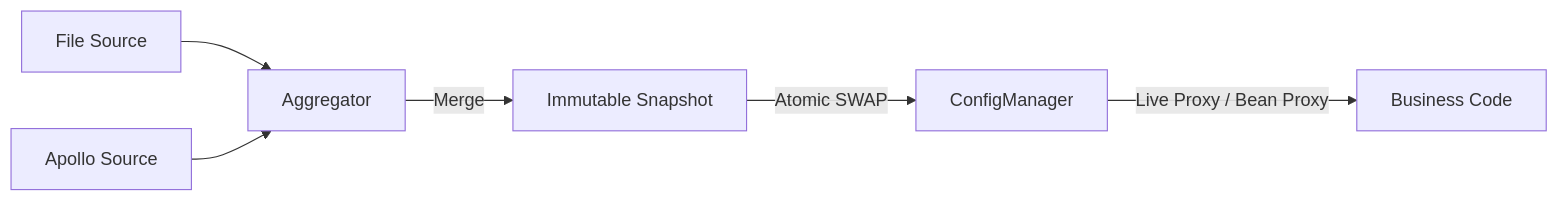
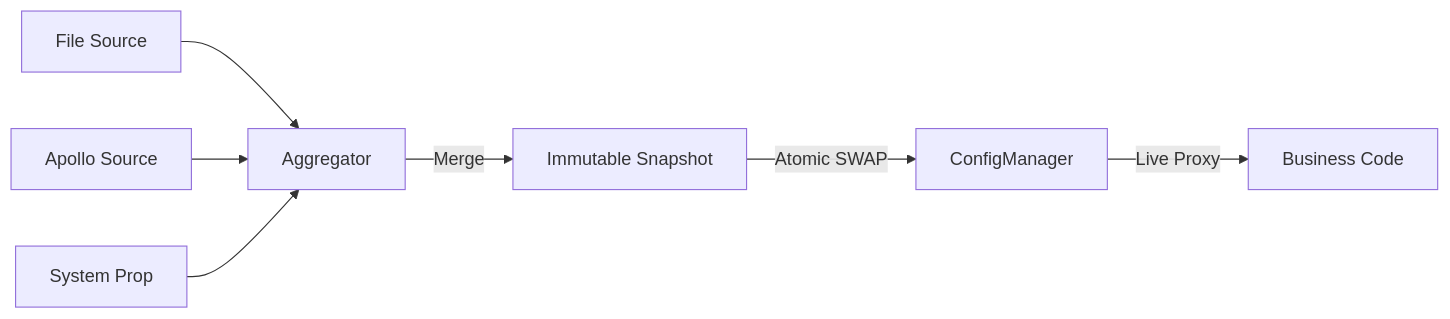
Before and after one commit to team4u/team4u-framework: the diagram in team4u-config/team4u-config-core/README.md, drawn with Mermaid. The commit also changed other lines of this file, not shown here.

````diff
--- a/team4u-config/team4u-config-core/README.md
+++ b/team4u-config/team4u-config-core/README.md
@@ -248,8 +446,9 @@
 ```mermaid
 graph LR
     S1[File Source] --> A[Aggregator]
     S2[Apollo Source] --> A
+    S3[System Prop] --> A
     A --> |Merge| Snapshot[Immutable Snapshot]
     Snapshot --> |Atomic SWAP| Manager[ConfigManager]
-    Manager --> |Live Proxy / Bean Proxy| Business[Business Code]
+    Manager --> |Live Proxy| Business[Business Code]
 ```
````
